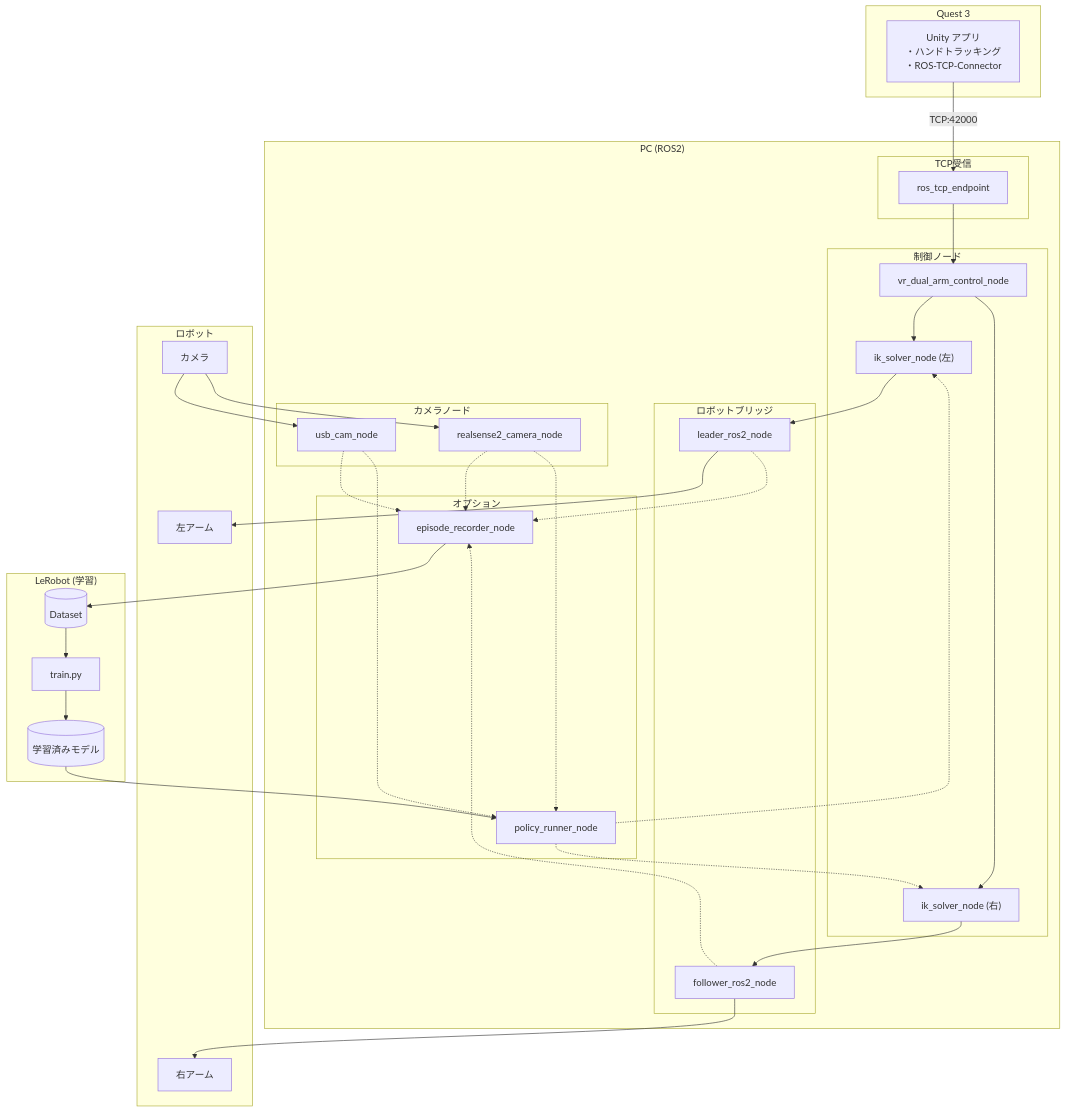
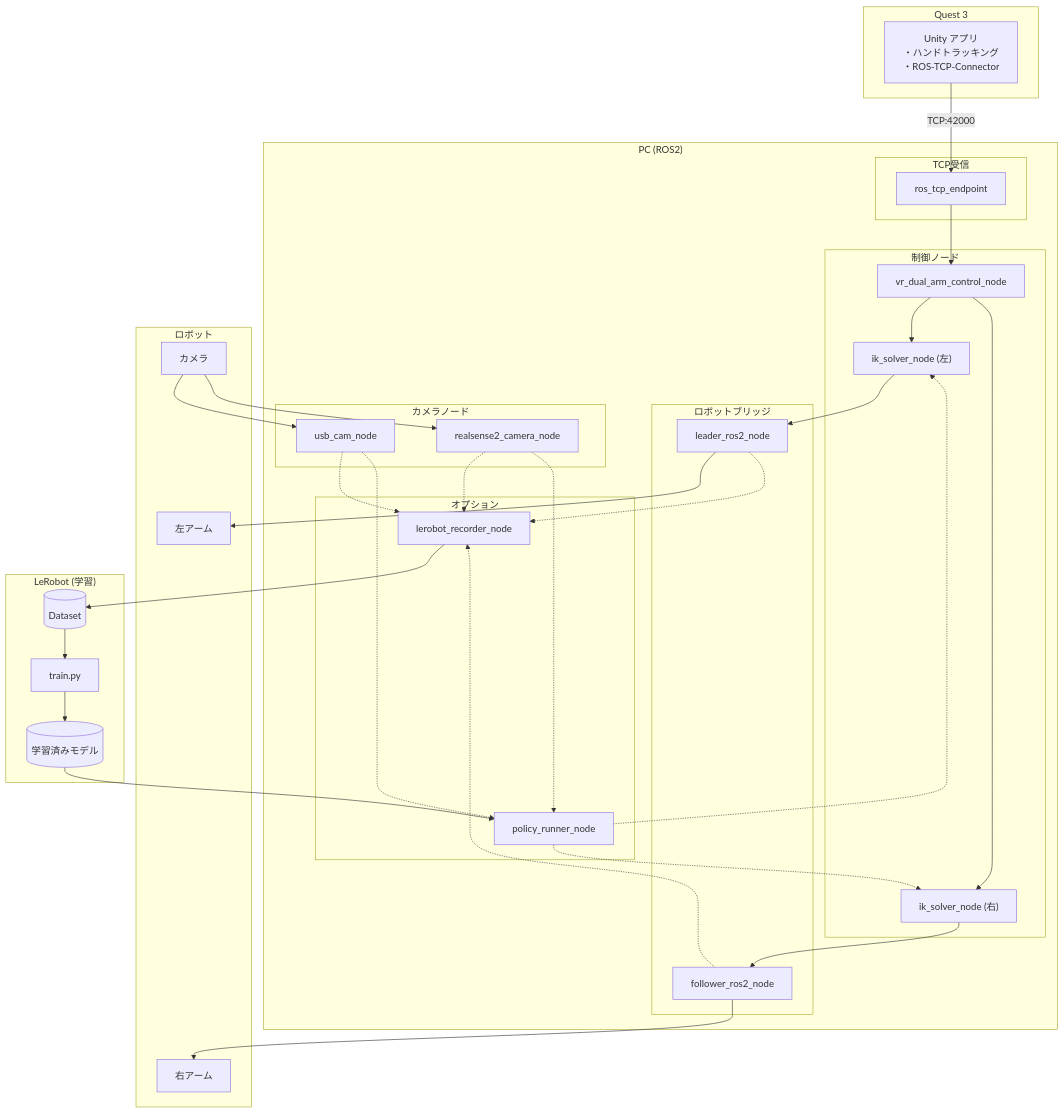
One commit to takatronix/vlabor_ros2 changed the first of 9 diagrams in docs/調整中/system_overview.md. Above: the diagram before and after it, drawn with Mermaid. The commit also changed other lines of this file and 30 other files, not shown here.

````diff
--- a/docs/調整中/system_overview.md
+++ b/docs/調整中/system_overview.md
@@ -5,74 +5,74 @@
 ```mermaid
 flowchart TB
     subgraph Quest3["Quest 3"]
         UnityApp["Unity アプリ<br/>・ハンドトラッキング<br/>・ROS-TCP-Connector"]
     end
 
     subgraph PC["PC (ROS2)"]
         subgraph TCP["TCP受信"]
             Endpoint["ros_tcp_endpoint"]
         end
 
         subgraph Control["制御ノード"]
             VRCtrl["vr_dual_arm_control_node"]
             IKL["ik_solver_node (左)"]
             IKR["ik_solver_node (右)"]
         end
 
         subgraph Bridge["ロボットブリッジ"]
             Leader["leader_ros2_node"]
             Follower["follower_ros2_node"]
         end
 
         subgraph Camera["カメラノード"]
             USBCam["usb_cam_node"]
             RSCam["realsense2_camera_node"]
         end
 
         subgraph Option["オプション"]
-            Recorder["episode_recorder_node"]
+            Recorder["lerobot_recorder_node"]
             Runner["policy_runner_node"]
         end
     end
 
     subgraph Robot["ロボット"]
         LeftArm["左アーム"]
         RightArm["右アーム"]
         Cam1["カメラ"]
     end
 
     subgraph LeRobot["LeRobot (学習)"]
         Dataset[("Dataset")]
         Train["train.py"]
         Model[("学習済みモデル")]
     end
 
     %% Quest3 → PC
     UnityApp -->|TCP:42000| Endpoint
 
     %% テレオペフロー
     Endpoint --> VRCtrl
     VRCtrl --> IKL --> Leader --> LeftArm
     VRCtrl --> IKR --> Follower --> RightArm
 
     %% カメラ
     Cam1 --> USBCam
     Cam1 --> RSCam
 
     %% 記録フロー
     Leader -.-> Recorder
     Follower -.-> Recorder
     USBCam -.-> Recorder
     RSCam -.-> Recorder
     Recorder --> Dataset
 
     %% 学習フロー
     Dataset --> Train --> Model
 
     %% 自律フロー
     Model --> Runner
     USBCam -.-> Runner
     RSCam -.-> Runner
     Runner -.-> IKL
     Runner -.-> IKR
 ```
````
